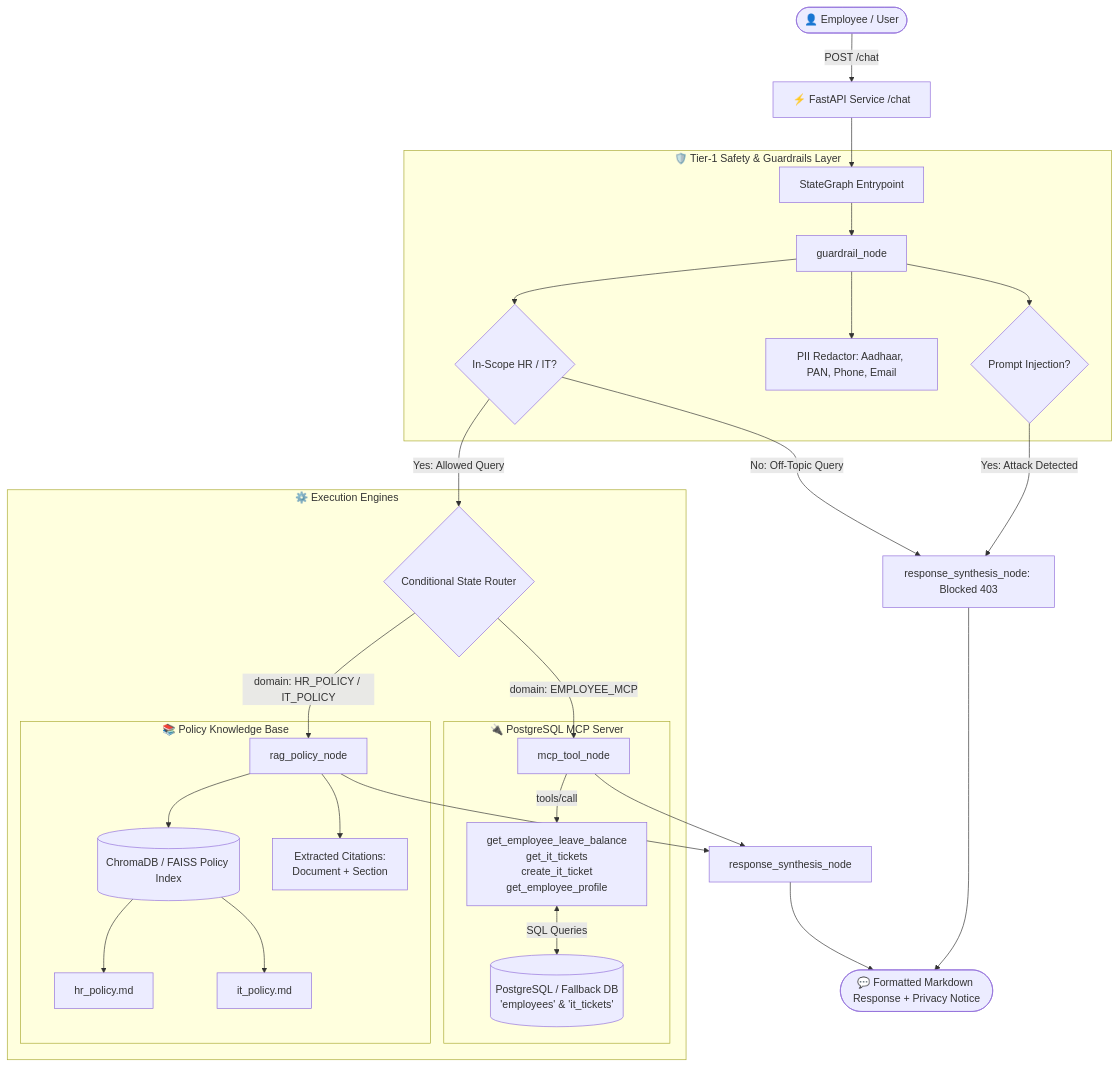
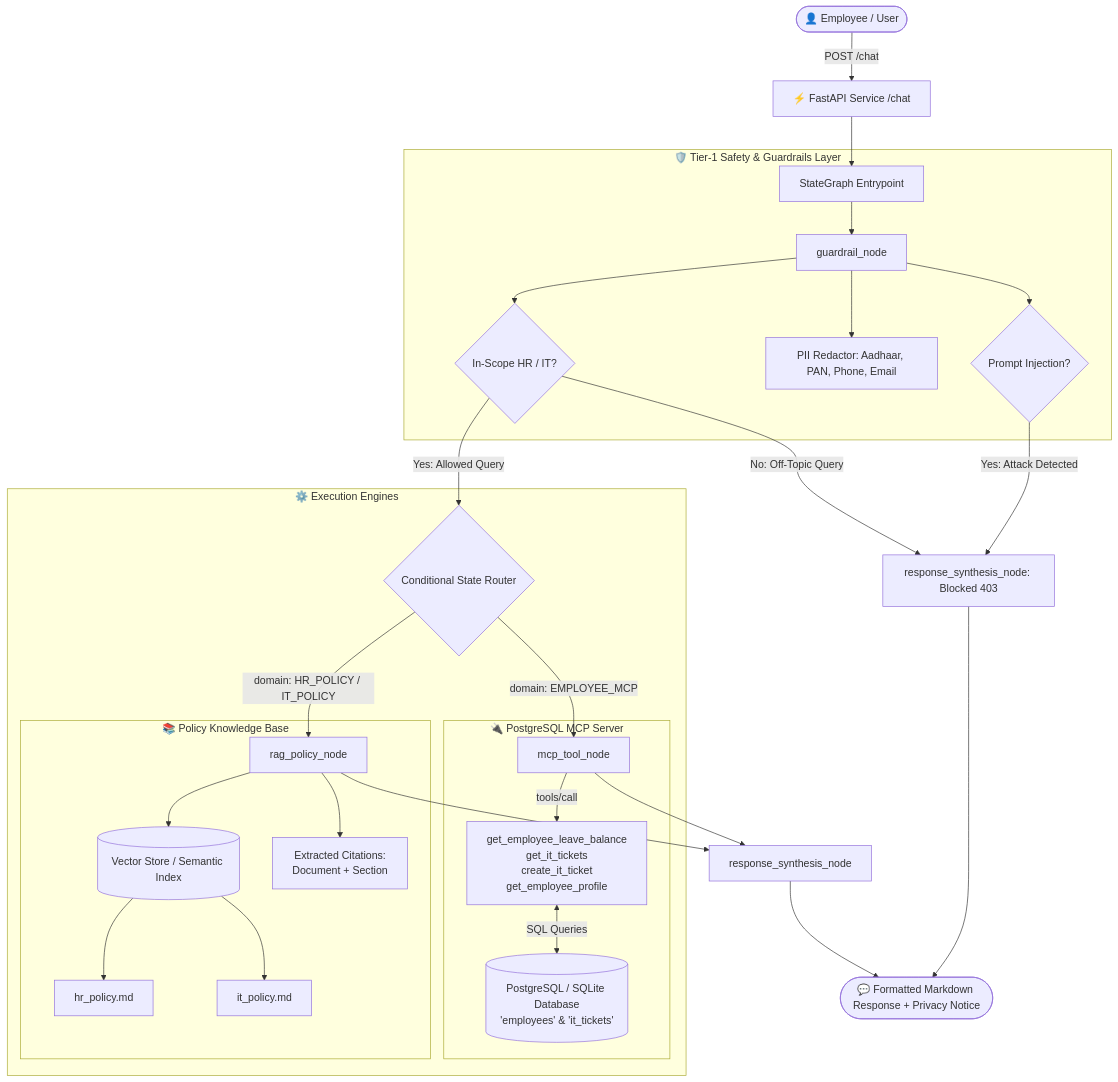
One commit to ramyars466/HR-IT-DESK-AGENT changed the diagram in README.md. Above: the diagram before and after it, drawn with Mermaid. The commit also changed other lines of this file and 12 other files, not shown here.

````diff
--- a/README.md
+++ b/README.md
@@ -17,39 +17,39 @@
 ```mermaid
 flowchart TD
     User([👤 Employee / User]) -->|POST /chat| API[⚡ FastAPI Service /chat]
     API --> GraphEntry[StateGraph Entrypoint]
     
     subgraph GuardrailsLayer ["🛡️ Tier-1 Safety & Guardrails Layer"]
         GraphEntry --> GuardrailNode[guardrail_node]
         GuardrailNode --> CheckInjection{Prompt Injection?}
         GuardrailNode --> RedactPII[PII Redactor: Aadhaar, PAN, Phone, Email]
         GuardrailNode --> CheckScope{In-Scope HR / IT?}
     end
 
     CheckInjection -->|Yes: Attack Detected| BlockResponse[response_synthesis_node: Blocked 403]
     CheckScope -->|No: Off-Topic Query| BlockResponse
     
     CheckScope -->|Yes: Allowed Query| Router{Conditional State Router}
 
     subgraph ExecutionEngines ["⚙️ Execution Engines"]
         Router -->|domain: EMPLOYEE_MCP| MCPNode[mcp_tool_node]
         Router -->|domain: HR_POLICY / IT_POLICY| RAGNode[rag_policy_node]
 
         subgraph MCPServer ["🔌 PostgreSQL MCP Server"]
             MCPNode -->|tools/call| MCPTools[get_employee_leave_balance\nget_it_tickets\ncreate_it_ticket\nget_employee_profile]
-            MCPTools <-->|SQL Queries| DB[(PostgreSQL / Fallback DB\n'employees' & 'it_tickets')]
+            MCPTools <-->|SQL Queries| DB[(PostgreSQL / SQLite Database\n'employees' & 'it_tickets')]
         end
 
         subgraph VectorRAG ["📚 Policy Knowledge Base"]
-            RAGNode --> VectorStore[(ChromaDB / FAISS Policy Index)]
+            RAGNode --> VectorStore[(Vector Store / Semantic Index)]
             VectorStore --> HRDoc[hr_policy.md]
             VectorStore --> ITDoc[it_policy.md]
             RAGNode --> Citations[Extracted Citations:\nDocument + Section]
         end
     end
 
     MCPNode --> SynthesisNode[response_synthesis_node]
     RAGNode --> SynthesisNode
     BlockResponse --> FinalOutput([💬 Formatted Markdown Response + Privacy Notice])
     SynthesisNode --> FinalOutput
 ```
````
